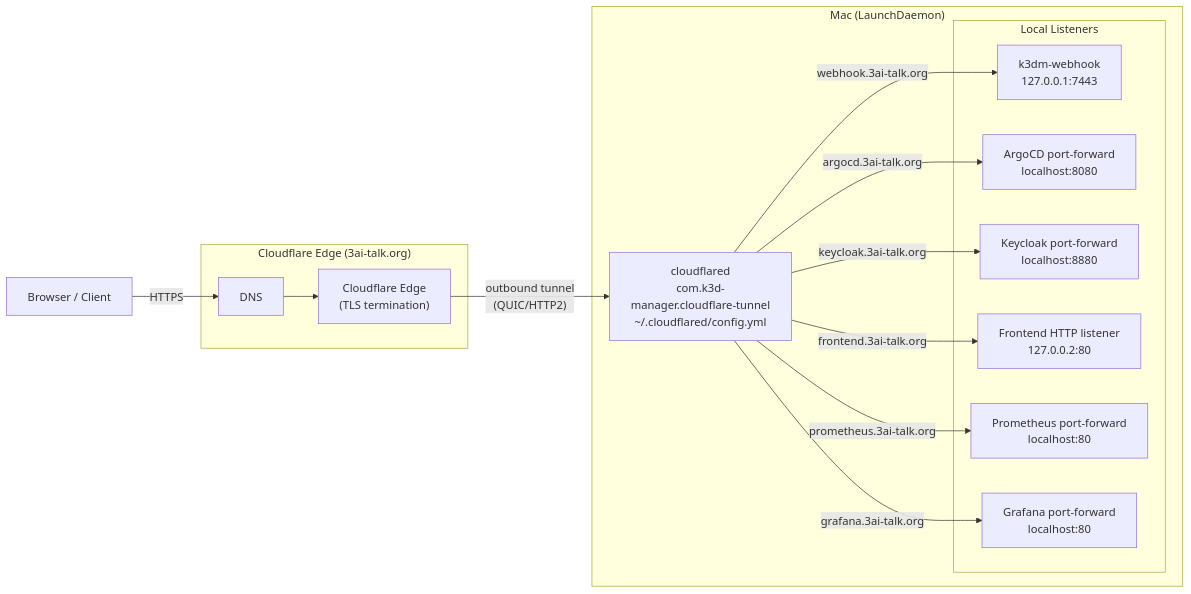
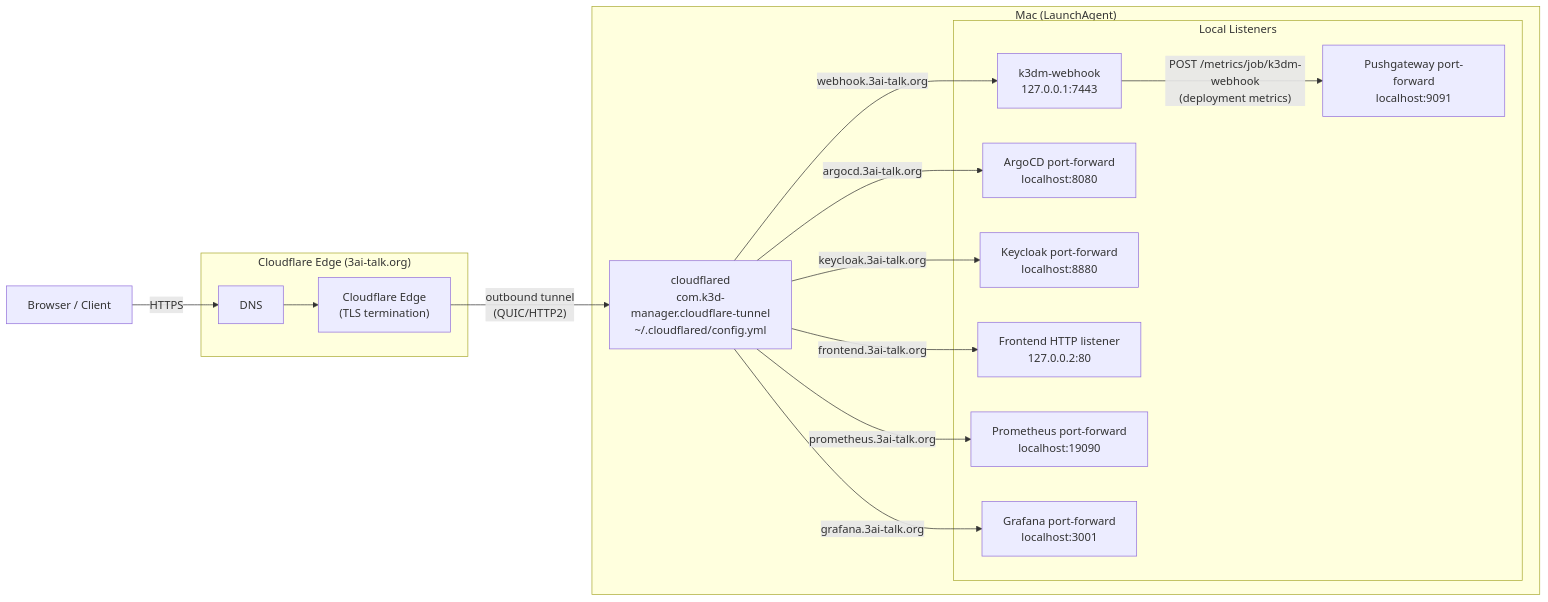
Before and after one commit to wilddog64/k3d-manager: the first of 2 diagrams in docs/architecture/cloudflare-slack-relay.md, drawn with Mermaid. The commit also changed other lines of this file and 68 other files, not shown here.

First line of the commit message:
feat(webhook): Slack Events API thread commands, Prometheus auth, ACG screenshot archival (#93)

````diff
--- a/docs/architecture/cloudflare-slack-relay.md
+++ b/docs/architecture/cloudflare-slack-relay.md
@@ -15,33 +15,35 @@
 ```mermaid
 flowchart LR
     Browser["Browser / Client"]
 
     subgraph CF["Cloudflare Edge (3ai-talk.org)"]
         DNS["DNS"]
         Edge["Cloudflare Edge\n(TLS termination)"]
     end
 
-    subgraph Mac["Mac (LaunchDaemon)"]
+    subgraph Mac["Mac (LaunchAgent)"]
         CFD["cloudflared\ncom.k3d-manager.cloudflare-tunnel\n~/.cloudflared/config.yml"]
 
         subgraph Locals["Local Listeners"]
             WH["k3dm-webhook\n127.0.0.1:7443"]
             ARGO["ArgoCD port-forward\nlocalhost:8080"]
             KC["Keycloak port-forward\nlocalhost:8880"]
             FE["Frontend HTTP listener\n127.0.0.2:80"]
-            PROM["Prometheus port-forward\nlocalhost:80"]
-            GRAF["Grafana port-forward\nlocalhost:80"]
+            PROM["Prometheus port-forward\nlocalhost:19090"]
+            GRAF["Grafana port-forward\nlocalhost:3001"]
+            PGW["Pushgateway port-forward\nlocalhost:9091"]
         end
     end
 
     Browser -->|HTTPS| DNS
     DNS --> Edge
     Edge -->|"outbound tunnel\n(QUIC/HTTP2)"| CFD
 
     CFD -->|"webhook.3ai-talk.org"| WH
     CFD -->|"argocd.3ai-talk.org"| ARGO
     CFD -->|"keycloak.3ai-talk.org"| KC
     CFD -->|"frontend.3ai-talk.org"| FE
     CFD -->|"prometheus.3ai-talk.org"| PROM
     CFD -->|"grafana.3ai-talk.org"| GRAF
+    WH -->|"POST /metrics/job/k3dm-webhook\n(deployment metrics)"| PGW
 ```
````
